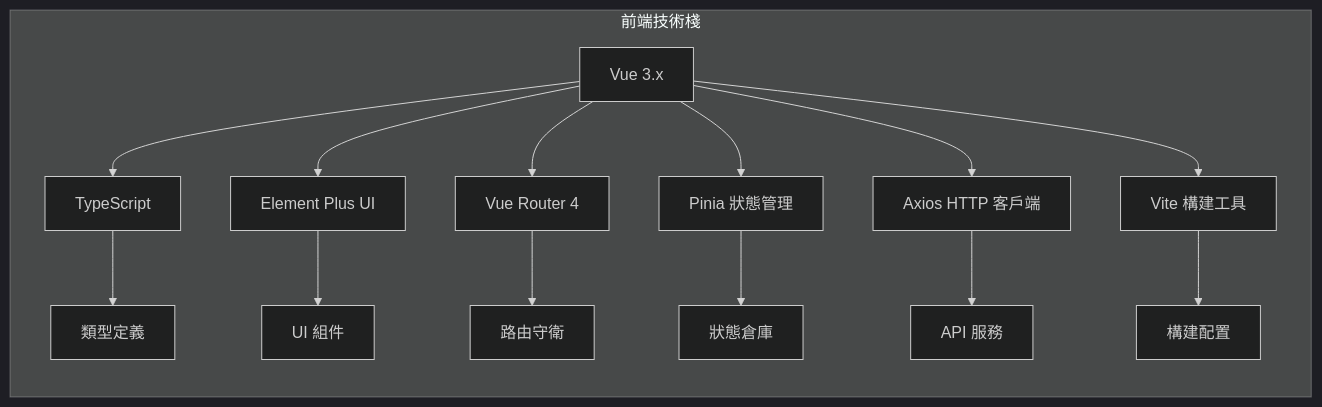
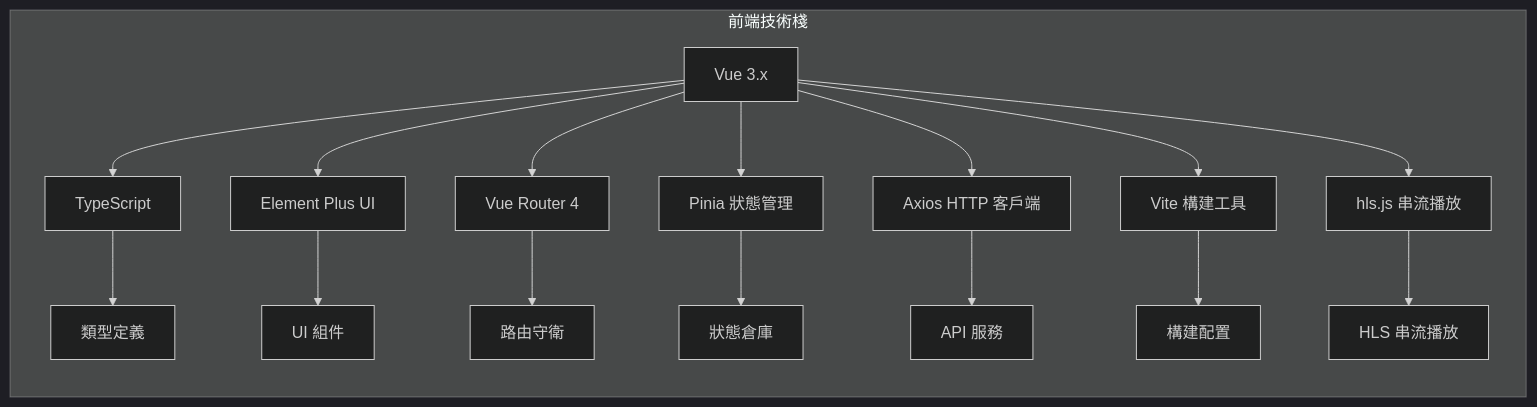
Before and after one commit to mike504110403/stream-demo: the second of 16 diagrams in README.md, drawn with Mermaid (dark theme). The commit also changed other lines of this file and 75 other files, not shown here.

````diff
--- a/README.md
+++ b/README.md
@@ -85,18 +86,20 @@
 ```mermaid
 graph LR
     subgraph "前端技術棧"
         VUE[Vue 3.x] --> TS[TypeScript]
         VUE --> EP[Element Plus UI]
         VUE --> VR[Vue Router 4]
         VUE --> PINIA[Pinia 狀態管理]
         VUE --> AXIOS[Axios HTTP 客戶端]
         VUE --> VITE[Vite 構建工具]
+        VUE --> HLSJS[hls.js 串流播放]
         
         TS --> TYPES[類型定義]
         EP --> COMPONENTS[UI 組件]
         VR --> GUARDS[路由守衛]
         PINIA --> STORES[狀態倉庫]
         AXIOS --> API[API 服務]
         VITE --> BUILD[構建配置]
+        HLSJS --> STREAMING[HLS 串流播放]
     end
 ```
````
